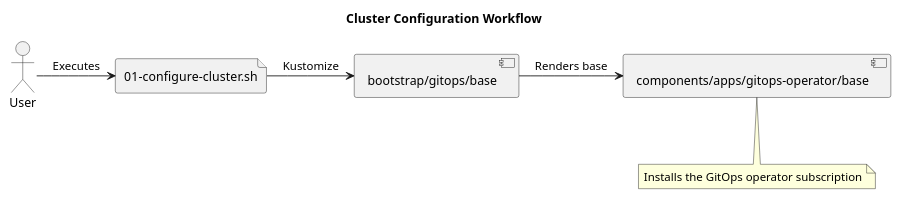
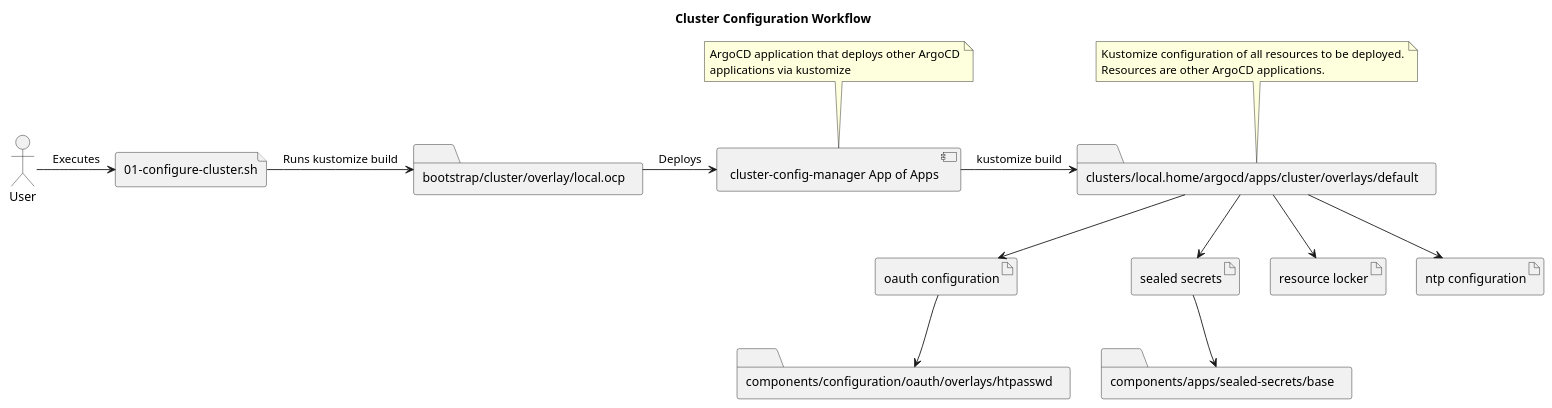
The second of 2 diagrams in docs/cluster-config-workflow.org (tosmi-gitops/openshift-gitops), drawn with PlantUML before and after one commit. The commit also changed other lines of this file and 4 other files, not shown here.

```diff
--- a/docs/cluster-config-workflow.org
+++ b/docs/cluster-config-workflow.org
@@ -28,17 +31,44 @@
   #+begin_src plantuml :file cluster-config-workflow.png
+@startuml
 title Cluster Configuration Workflow
 
 actor User
 file "01-configure-cluster.sh" as script
-component "bootstrap/gitops/base" as bootstrap
-component "components/apps/gitops-operator/base" as gitops
+folder "bootstrap/cluster/overlay/local.ocp" as clusteroverlay
+component "cluster-config-manager App of Apps" as configmanager
+folder "clusters/local.home/argocd/apps/cluster/overlays/default" as clusterapp
 
+artifact "oauth configuration" as oauth
+folder "components/configuration/oauth/overlays/htpasswd" as oauthfolder
+
+artifact "sealed secrets" as sealedsecrets
+folder "components/apps/sealed-secrets/base" as sealedsecretsfolder
+
+artifact "resource locker" as resourcelocker
+artifact "ntp configuration" as ntp
 
 User -> script : Executes
-script -> bootstrap : Kustomize
-bootstrap -> gitops : Renders base
+script -> clusteroverlay : Runs kustomize build
+clusteroverlay -> configmanager : Deploys
+configmanager -> clusterapp : kustomize build
 
-note bottom of gitops
-	Installs the GitOps operator subscription
+clusterapp --> oauth
+oauth --> oauthfolder
+
+clusterapp --> sealedsecrets
+sealedsecrets --> sealedsecretsfolder
+
+clusterapp --> resourcelocker
+clusterapp --> ntp
+
+note top of configmanager
+	ArgoCD application that deploys other ArgoCD
+	applications via kustomize
 end note
+
+note top of clusterapp
+	Kustomize configuration of all resources to be deployed.
+	Resources are other ArgoCD applications.
+end note
+@enduml
   #+end_src
```
